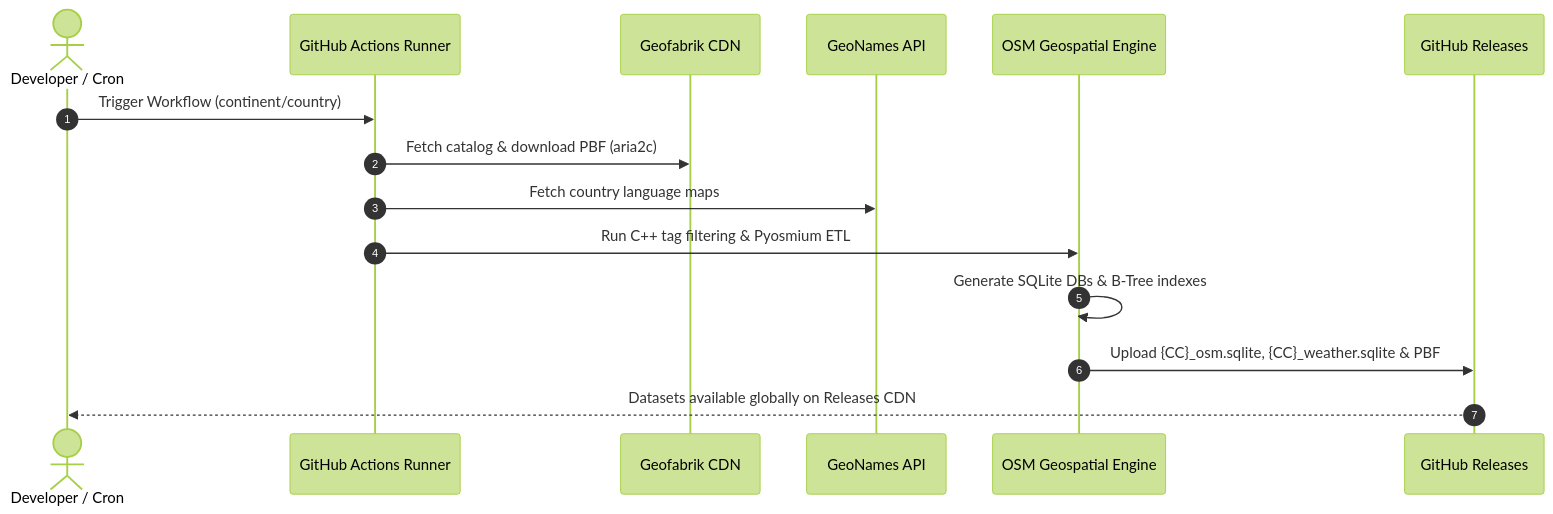
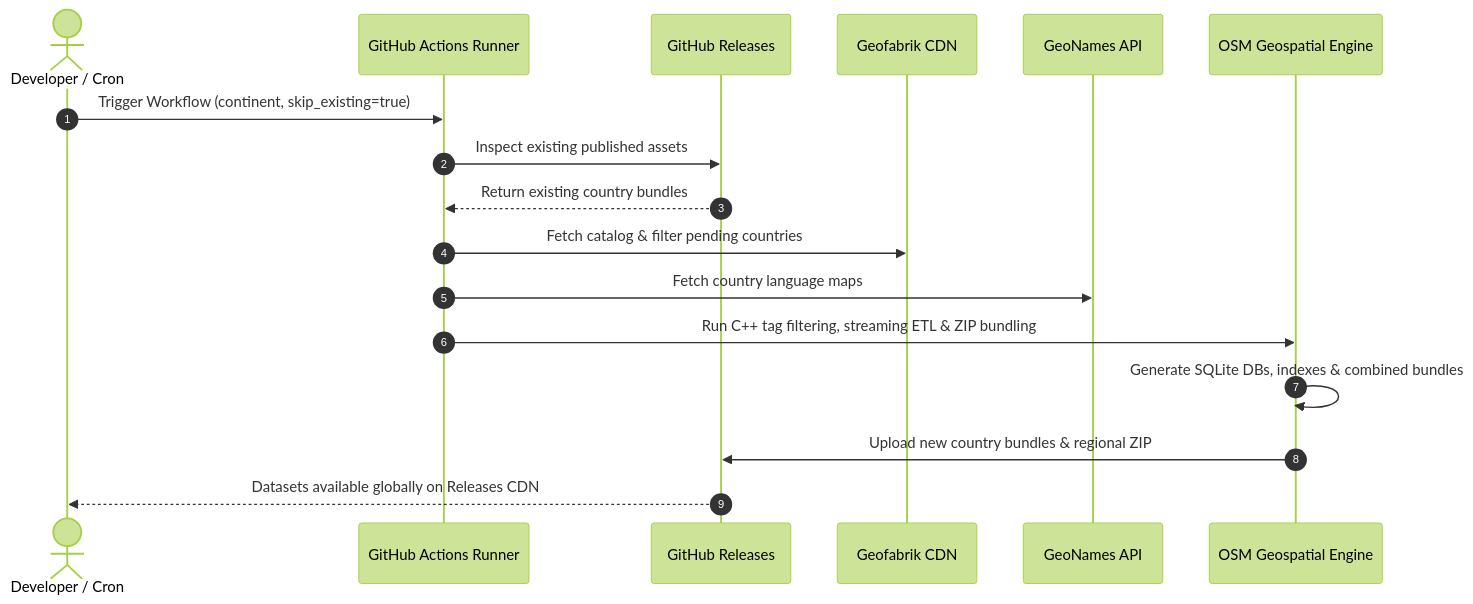
Before and after one commit to vkk5880/osm-geospatial-engine: the second of 2 diagrams in README.md, drawn with Mermaid (forest theme). The commit also changed other lines of this file and 4 other files, not shown here.

Commit message:
feat: add minimized zip bundles, combined regional archives, and incremental release harvesting

````diff
--- a/README.md
+++ b/README.md
@@ -208,18 +236,20 @@
 ```mermaid
 sequenceDiagram
     autonumber
     actor Dev as Developer / Cron
     participant GHA as GitHub Actions Runner
+    participant Rel as GitHub Releases
     participant GF as Geofabrik CDN
     participant GN as GeoNames API
     participant Engine as OSM Geospatial Engine
-    participant Rel as GitHub Releases
 
-    Dev->>GHA: Trigger Workflow (continent/country)
-    GHA->>GF: Fetch catalog & download PBF (aria2c)
+    Dev->>GHA: Trigger Workflow (continent, skip_existing=true)
+    GHA->>Rel: Inspect existing published assets
+    Rel-->>GHA: Return existing country bundles
+    GHA->>GF: Fetch catalog & filter pending countries
     GHA->>GN: Fetch country language maps
-    GHA->>Engine: Run C++ tag filtering & Pyosmium ETL
-    Engine->>Engine: Generate SQLite DBs & B-Tree indexes
-    Engine->>Rel: Upload {CC}_osm.sqlite, {CC}_weather.sqlite & PBF
+    GHA->>Engine: Run C++ tag filtering, streaming ETL & ZIP bundling
+    Engine->>Engine: Generate SQLite DBs, indexes & combined bundles
+    Engine->>Rel: Upload new country bundles & regional ZIP
     Rel-->>Dev: Datasets available globally on Releases CDN
 ```
````
